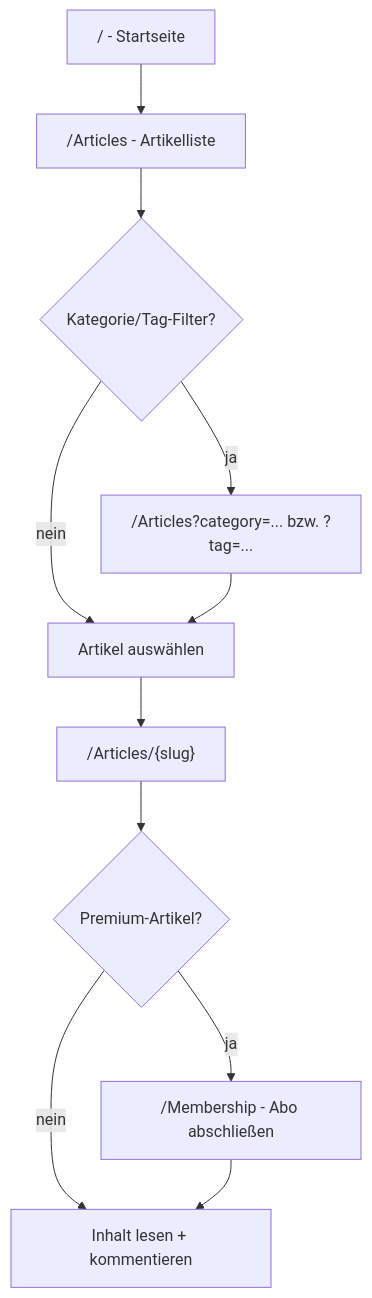
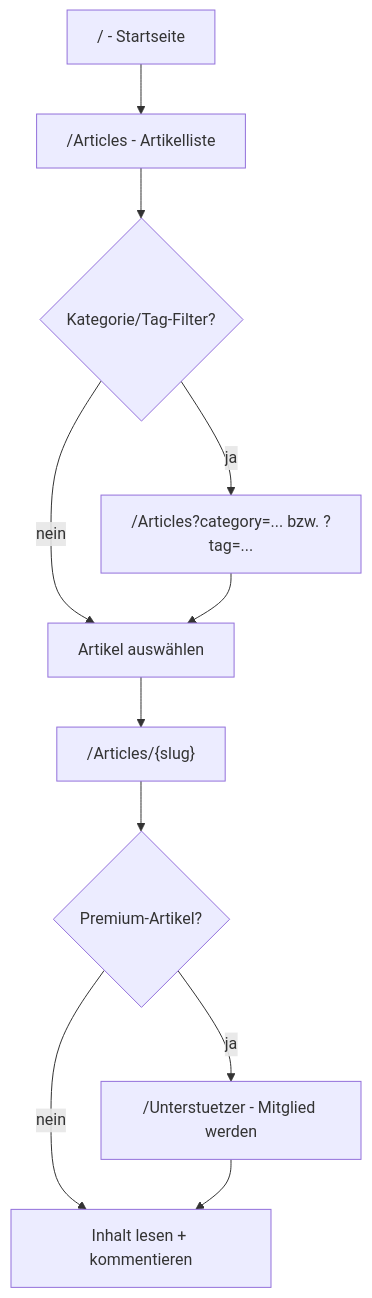
One commit to von-Platen-IT/MentalVersagen changed the diagram in docs/03-blog-nutzen.md. Above: the diagram before and after it, drawn with Mermaid. The commit also changed other lines of this file and 139 other files, not shown here.

````diff
--- a/docs/03-blog-nutzen.md
+++ b/docs/03-blog-nutzen.md
@@ -142,13 +203,13 @@
 ```mermaid
 flowchart TD
     A["/ - Startseite"] --> B["/Articles - Artikelliste"]
     B --> C{"Kategorie/Tag-Filter?"}
     C -->|ja| D["/Articles?category=... bzw. ?tag=..."]
     C -->|nein| E["Artikel auswählen"]
     D --> E
     E --> F["/Articles/{slug}"]
     F --> G{"Premium-Artikel?"}
     G -->|nein| H["Inhalt lesen + kommentieren"]
-    G -->|ja| I["/Membership - Abo abschließen"]
+    G -->|ja| I["/Unterstuetzer - Mitglied werden"]
     I --> H
 ```
````
